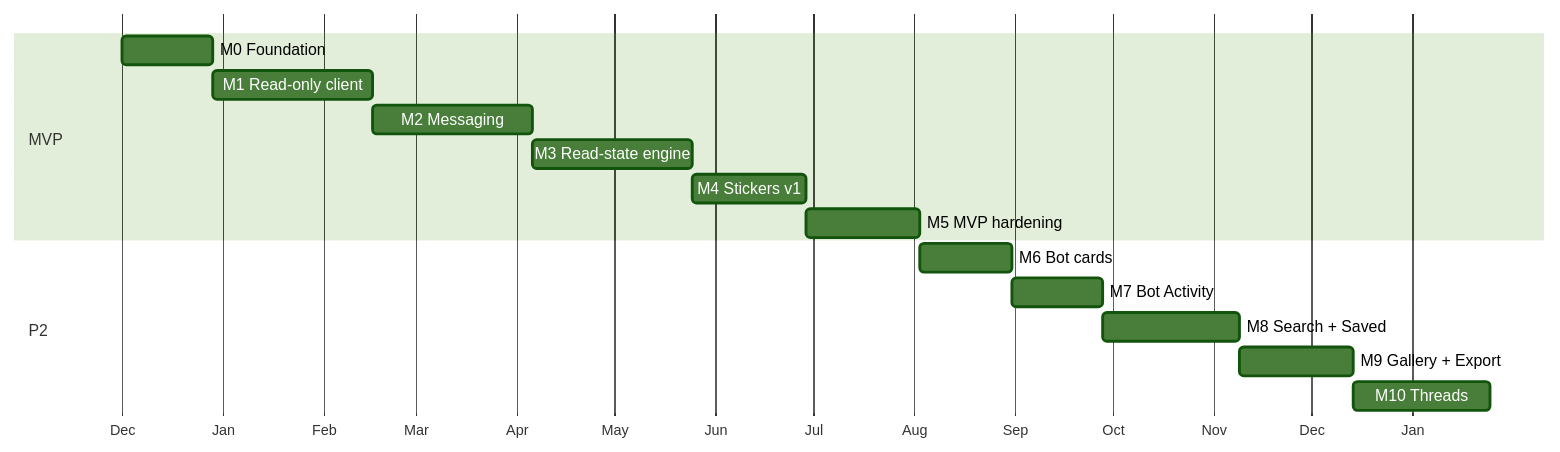
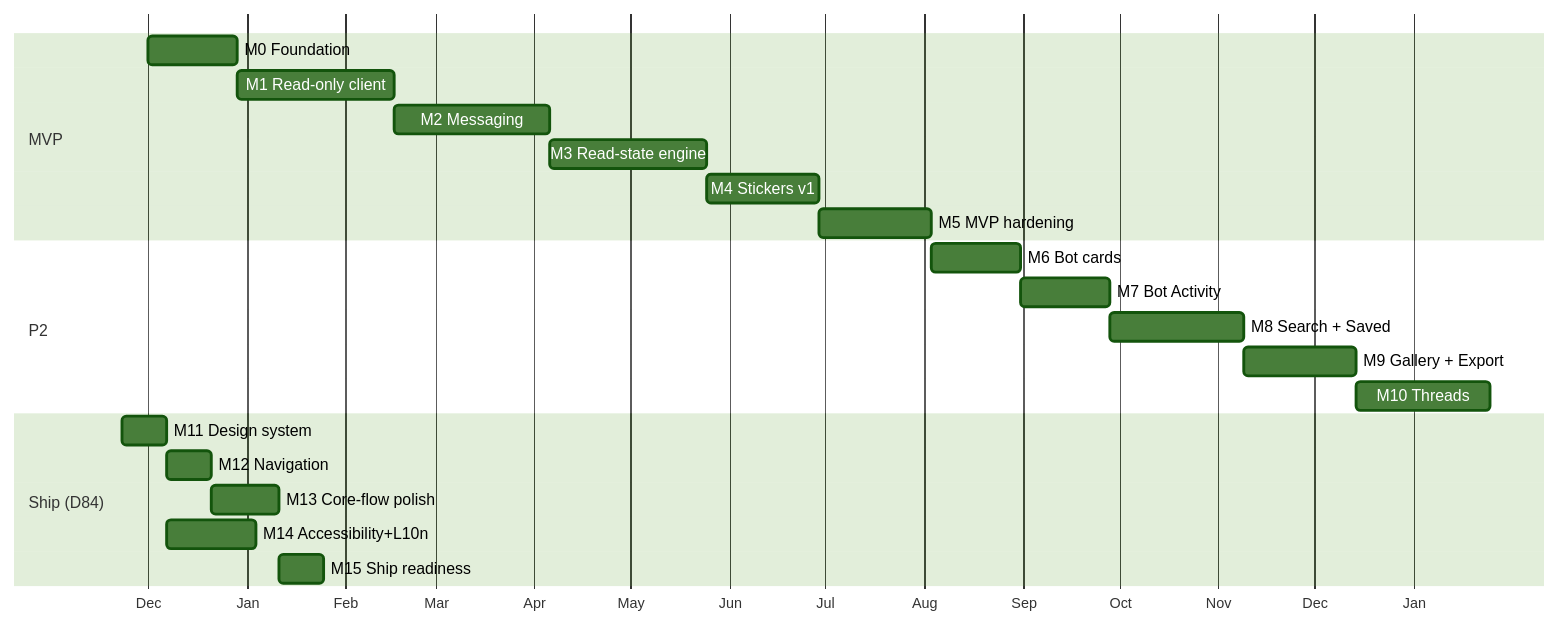
Before and after one commit to evan1ee/halo: the first of 2 diagrams in docs/ROADMAP.md, drawn with Mermaid (forest theme). The commit also changed other lines of this file and 16 other files, not shown here.

First line of the commit message:
feat: Update design system and navigation structure

````diff
--- a/docs/ROADMAP.md
+++ b/docs/ROADMAP.md
@@ -115,18 +190,24 @@
 ```mermaid
 gantt
   dateFormat  YYYY-MM-DD
   axisFormat  %b
   section MVP
   M0 Foundation          :m0, 2026-12-01, 4w
   M1 Read-only client    :m1, after m0, 7w
   M2 Messaging           :m2, after m1, 7w
   M3 Read-state engine   :m3, after m2, 7w
   M4 Stickers v1         :m4, after m3, 5w
   M5 MVP hardening       :m5, after m4, 5w
   section P2
   M6 Bot cards           :m6, after m5, 4w
   M7 Bot Activity        :m7, after m6, 4w
   M8 Search + Saved      :m8, after m7, 6w
   M9 Gallery + Export    :m9, after m8, 5w
   M10 Threads            :m10, after m9, 6w
+  section Ship (D84)
+  M11 Design system      :m11, 2026-11-23, 2w
+  M12 Navigation         :m12, after m11, 2w
+  M13 Core-flow polish   :m13, after m12, 3w
+  M14 Accessibility+L10n :m14, after m11, 4w
+  M15 Ship readiness     :m15, after m13, 2w
 ```
````
